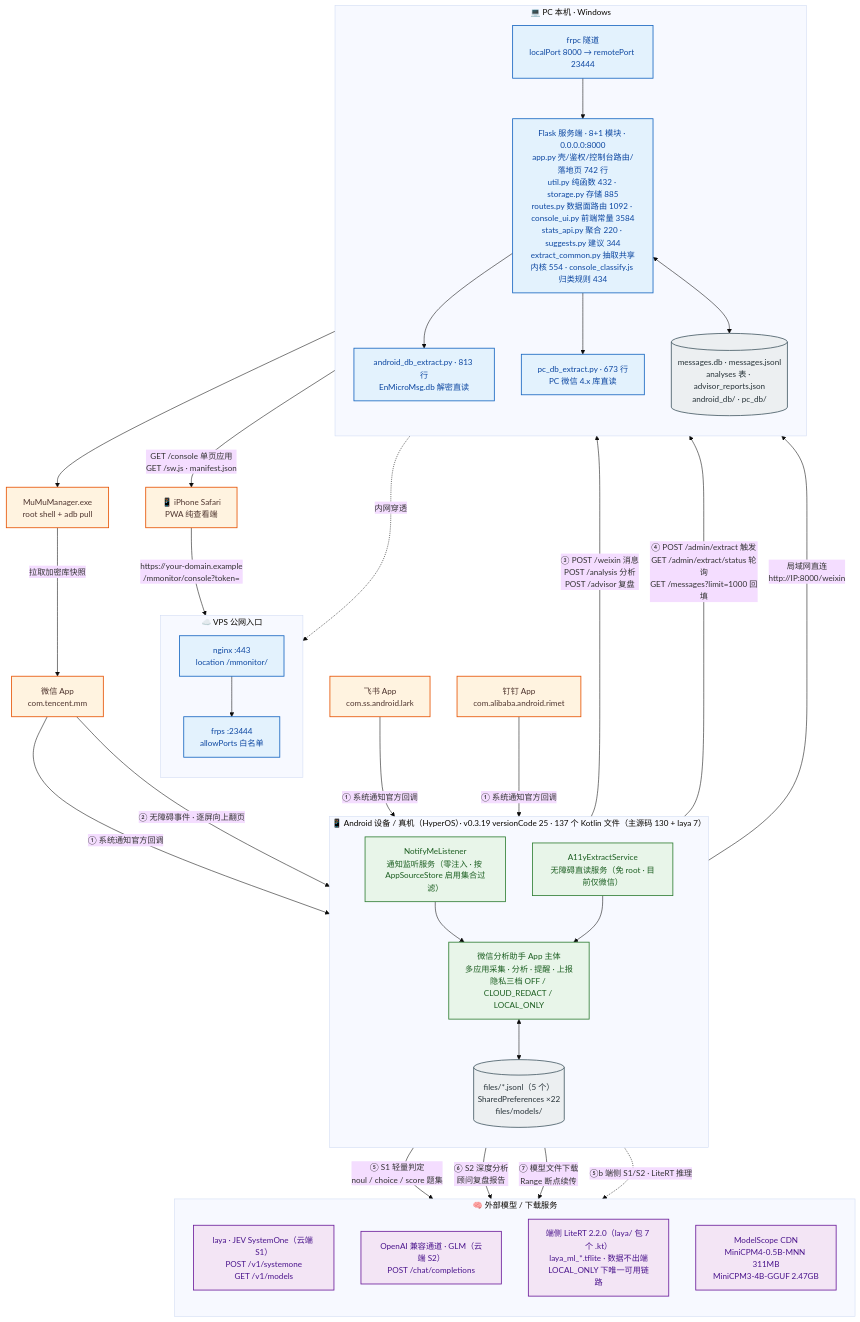
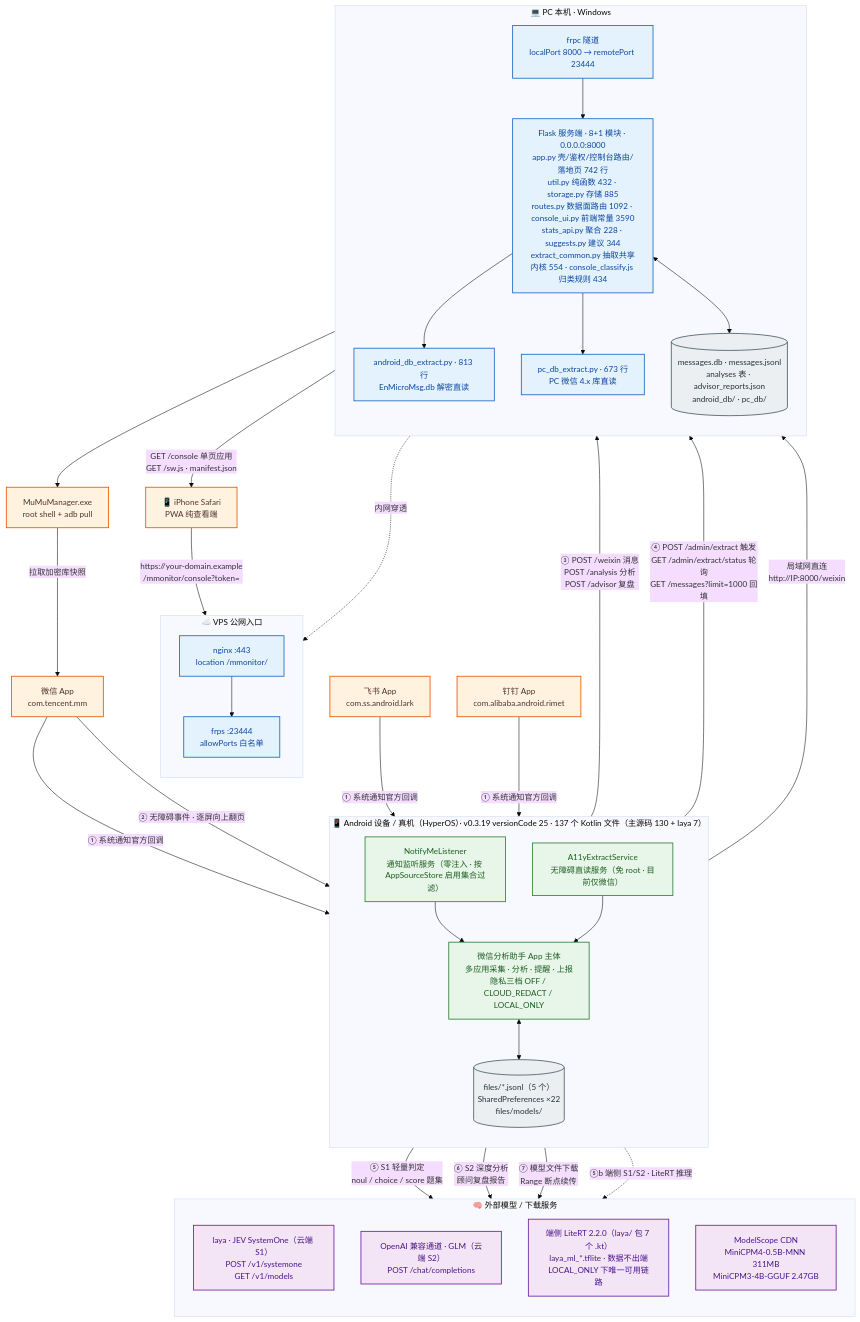
Before and after one commit to solidjoker/notifyme: the diagram in docs/architecture/diagrams/01-system-context.mmd, drawn with Mermaid. The commit also changed 14 other files, not shown here.

```diff
--- a/docs/architecture/diagrams/01-system-context.mmd
+++ b/docs/architecture/diagrams/01-system-context.mmd
@@ -1,70 +1,70 @@
 %%{init: {'theme':'base','themeVariables':{'fontSize':'15px','fontFamily':'Microsoft YaHei, PingFang SC, sans-serif'},'flowchart':{'htmlLabels':true,'curve':'basis'}}}%%
 flowchart TB
     classDef ext  fill:#fff3e0,stroke:#e65100,stroke-width:1.5px,color:#4e342e
     classDef app  fill:#e8f5e9,stroke:#2e7d32,stroke-width:1.5px,color:#1b5e20
     classDef srv  fill:#e3f2fd,stroke:#1565c0,stroke-width:1.5px,color:#0d47a1
     classDef llm  fill:#f3e5f5,stroke:#6a1b9a,stroke-width:1.5px,color:#4a148c
     classDef store fill:#eceff1,stroke:#455a64,stroke-width:1.5px,color:#263238
 
     WX["微信 App<br/>com.tencent.mm"]:::ext
     FS["飞书 App<br/>com.ss.android.lark"]:::ext
     DT["钉钉 App<br/>com.alibaba.android.rimet"]:::ext
 
     subgraph DEV["📱 Android 设备 / 真机（HyperOS）· v0.3.19 versionCode 25 · 137 个 Kotlin 文件（主源码 130 + laya 7）"]
         direction TB
         NL["NotifyMeListener<br/>通知监听服务（零注入 · 按 AppSourceStore 启用集合过滤）"]:::app
         A11Y["A11yExtractService<br/>无障碍直读服务（免 root · 目前仅微信）"]:::app
         CORE["微信分析助手 App 主体<br/>多应用采集 · 分析 · 提醒 · 上报<br/>隐私三档 OFF / CLOUD_REDACT / LOCAL_ONLY"]:::app
         STORE[("files/*.jsonl（5 个）<br/>SharedPreferences ×22<br/>files/models/")]:::store
         NL --> CORE
         A11Y --> CORE
         CORE <--> STORE
     end
 
     subgraph HOST["💻 PC 本机 · Windows"]
         direction TB
-        FLASK["Flask 服务端 · 8+1 模块 · 0.0.0.0:8000<br/>app.py 壳/鉴权/控制台路由/落地页 742 行<br/>util.py 纯函数 432 · storage.py 存储 885<br/>routes.py 数据面路由 1092 · console_ui.py 前端常量 3584<br/>stats_api.py 聚合 220 · suggests.py 建议 344<br/>extract_common.py 抽取共享内核 554 · console_classify.js 归类规则 434"]:::srv
+        FLASK["Flask 服务端 · 8+1 模块 · 0.0.0.0:8000<br/>app.py 壳/鉴权/控制台路由/落地页 742 行<br/>util.py 纯函数 432 · storage.py 存储 885<br/>routes.py 数据面路由 1092 · console_ui.py 前端常量 3590<br/>stats_api.py 聚合 228 · suggests.py 建议 344<br/>extract_common.py 抽取共享内核 554 · console_classify.js 归类规则 434"]:::srv
         ADBEX["android_db_extract.py · 813 行<br/>EnMicroMsg.db 解密直读"]:::srv
         PCEX["pc_db_extract.py · 673 行<br/>PC 微信 4.x 库直读"]:::srv
         DB[("messages.db · messages.jsonl<br/>analyses 表 · advisor_reports.json<br/>android_db/ · pc_db/")]:::store
         FRPC["frpc 隧道<br/>localPort 8000 → remotePort 23444"]:::srv
         FLASK --> ADBEX
         FLASK --> PCEX
         FLASK <--> DB
         FRPC --> FLASK
     end
 
     subgraph VPS["☁️ VPS 公网入口"]
         direction TB
         NGINX["nginx :443<br/>location /mmonitor/"]:::srv
         FRPS["frps :23444<br/>allowPorts 白名单"]:::srv
         NGINX --> FRPS
     end
 
     subgraph AI["🧠 外部模型 / 下载服务"]
         direction TB
         LAYA["laya · JEV SystemOne（云端 S1）<br/>POST /v1/systemone<br/>GET /v1/models"]:::llm
         GLM["OpenAI 兼容通道 · GLM（云端 S2）<br/>POST /chat/completions"]:::llm
         LITE["端侧 LiteRT 2.2.0（laya/ 包 7 个 .kt）<br/>laya_ml_*.tflite · 数据不出端<br/>LOCAL_ONLY 下唯一可用链路"]:::llm
         MS["ModelScope CDN<br/>MiniCPM4-0.5B-MNN 311MB<br/>MiniCPM3-4B-GGUF 2.47GB"]:::llm
     end
 
     MUMU["MuMuManager.exe<br/>root shell + adb pull"]:::ext
     IPHONE["📱 iPhone Safari<br/>PWA 纯查看端"]:::ext
 
     WX -->|"① 系统通知官方回调"| NL
     FS -->|"① 系统通知官方回调"| NL
     DT -->|"① 系统通知官方回调"| NL
     WX -->|"② 无障碍事件 · 逐屏向上翻页"| A11Y
     CORE -->|"③ POST /weixin 消息<br/>POST /analysis 分析<br/>POST /advisor 复盘"| FLASK
     CORE -->|"④ POST /admin/extract 触发<br/>GET /admin/extract/status 轮询<br/>GET /messages?limit=1000 回填"| FLASK
     CORE -->|"⑤ S1 轻量判定<br/>noul / choice / score 题集"| LAYA
     CORE -->|"⑥ S2 深度分析<br/>顾问复盘报告"| GLM
     CORE -->|"⑦ 模型文件下载<br/>Range 断点续传"| MS
     CORE -.->|"⑤b 端侧 S1/S2 · LiteRT 推理"| LITE
     ADBEX --> MUMU
     MUMU -->|"拉取加密库快照"| WX
     CORE -->|"局域网直连<br/>http://IP:8000/weixin"| FLASK
     FRPC -.->|"内网穿透"| FRPS
     IPHONE -->|"https://your-domain.example<br/>/mmonitor/console?token="| NGINX
     FLASK -->|"GET /console 单页应用<br/>GET /sw.js · manifest.json"| IPHONE
```
